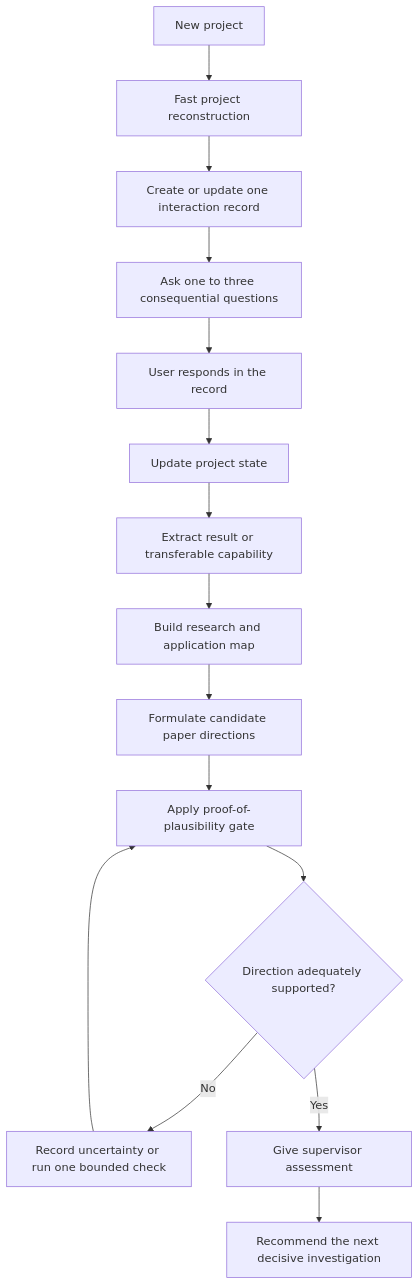
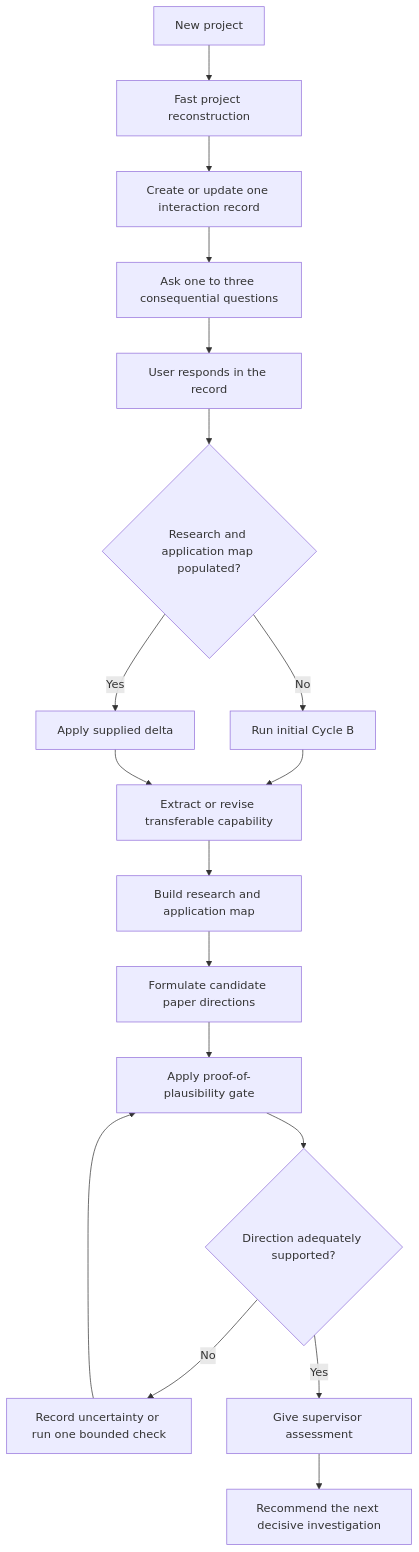
Before and after one commit to geekybobz/research-context-scout: the first of 6 diagrams in README.md, drawn with Mermaid. The commit also changed other lines of this file and 6 other files, not shown here.

````diff
--- a/README.md
+++ b/README.md
@@ -113,17 +133,20 @@
 ```mermaid
 flowchart TD
     A["New project"] --> B["Fast project reconstruction"]
     B --> C["Create or update one interaction record"]
     C --> D["Ask one to three consequential questions"]
     D --> E["User responds in the record"]
-    E --> F["Update project state"]
-    F --> G["Extract result or transferable capability"]
+    E --> X{"Research and application map populated?"}
+    X -- "No" --> F["Run initial Cycle B"]
+    X -- "Yes" --> Q["Apply supplied delta"]
+    F --> G["Extract or revise transferable capability"]
+    Q --> G
     G --> H["Build research and application map"]
     H --> I["Formulate candidate paper directions"]
     I --> J["Apply proof-of-plausibility gate"]
     J --> K{"Direction adequately supported?"}
     K -- "No" --> L["Record uncertainty or run one bounded check"]
     L --> J
     K -- "Yes" --> M["Give supervisor assessment"]
     M --> N["Recommend the next decisive investigation"]
 ```
````
